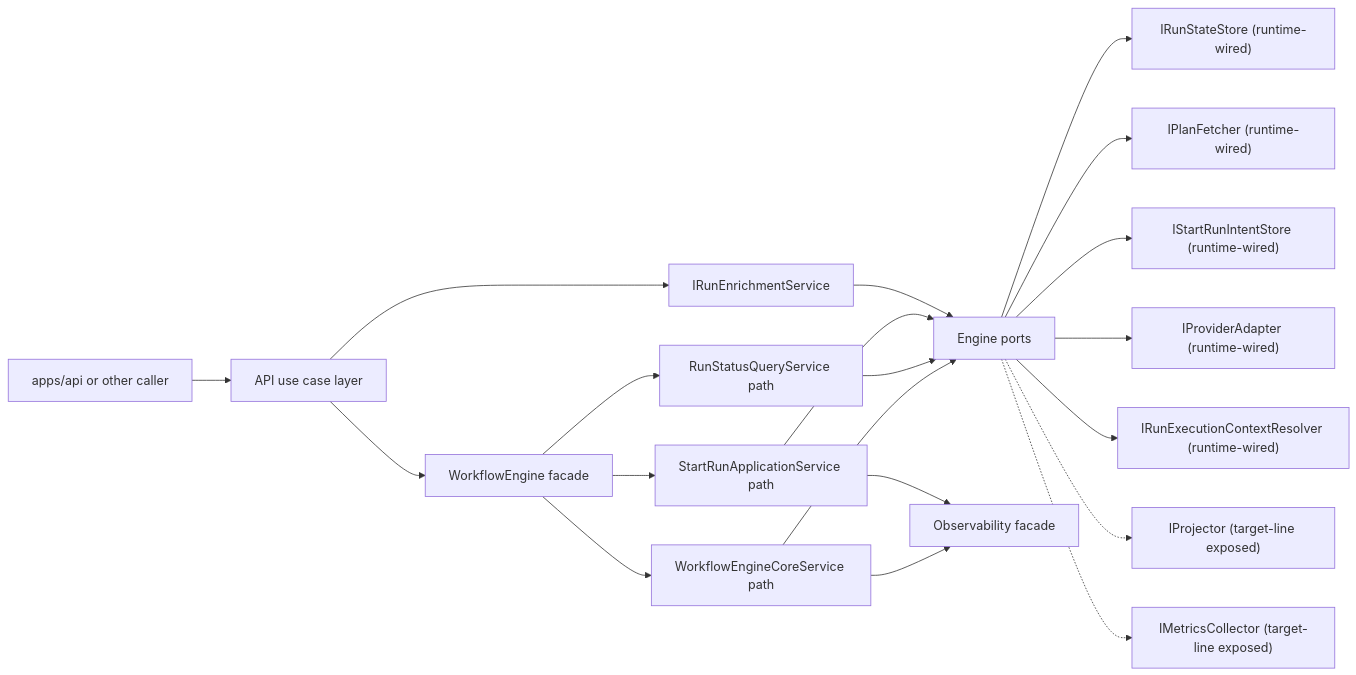
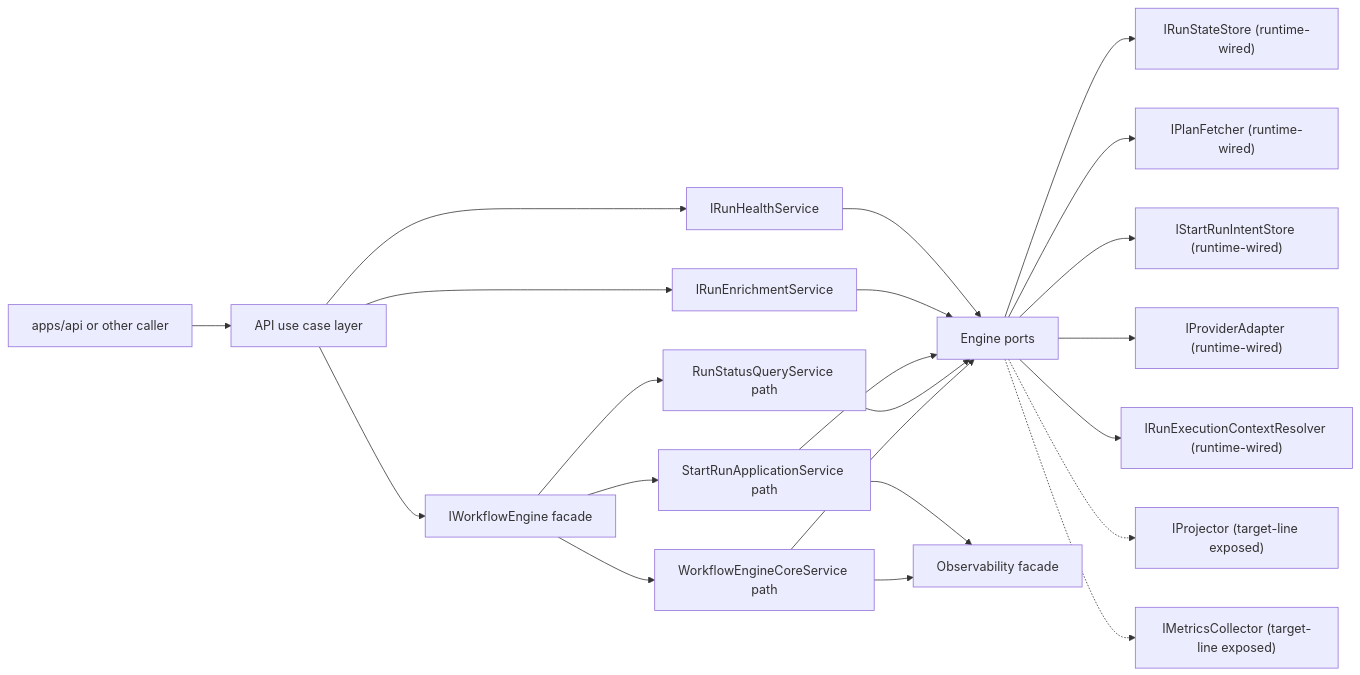
The first of 5 diagrams in docs/architecture/components/engine/architecture/workflow-engine-subsystem-context.md (dunay2/dvt), drawn with Mermaid before and after one commit. The commit also changed other lines of this file and 19 other files, not shown here.

Commit message:
refactor(engine): Narrow facade package surface

````diff
--- a/docs/architecture/components/engine/architecture/workflow-engine-subsystem-context.md
+++ b/docs/architecture/components/engine/architecture/workflow-engine-subsystem-context.md
@@ -71,22 +75,24 @@
 ```mermaid
 flowchart LR
   Caller["apps/api or other caller"] --> UseCase["API use case layer"]
-  UseCase --> Engine["WorkflowEngine facade"]
+  UseCase --> Engine["IWorkflowEngine facade"]
+  UseCase --> Health["IRunHealthService"]
   UseCase --> Enrich["IRunEnrichmentService"]
   Engine --> StartRun["StartRunApplicationService path"]
   Engine --> Query["RunStatusQueryService path"]
   Engine --> Core["WorkflowEngineCoreService path"]
+  Health --> Ports
   Enrich --> Ports
   StartRun --> Ports["Engine ports"]
   Query --> Ports
   Core --> Ports
   Ports --> State["IRunStateStore (runtime-wired)"]
   Ports --> PlanStore["IPlanFetcher (runtime-wired)"]
   Ports --> Intent["IStartRunIntentStore (runtime-wired)"]
   Ports --> Provider["IProviderAdapter (runtime-wired)"]
   Ports --> RunCtx["IRunExecutionContextResolver (runtime-wired)"]
   Ports -.-> Projector["IProjector (target-line exposed)"]
   Ports -.-> Metrics["IMetricsCollector (target-line exposed)"]
   StartRun --> Obs["Observability facade"]
   Core --> Obs
 ```
````
